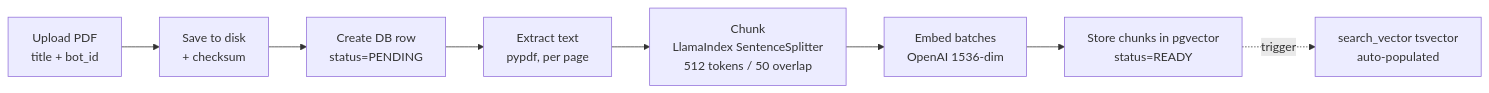
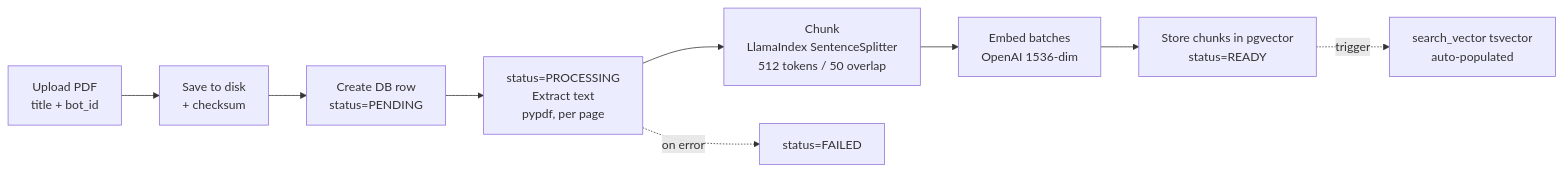
The fifth of 10 diagrams in ARCHITECTURE.md (nikhileshsirohi/ARDEE-RAG-CHATBOT), drawn with Mermaid before and after one commit. The commit also changed other lines of this file and 1 other file, not shown here.

````diff
--- a/ARCHITECTURE.md
+++ b/ARCHITECTURE.md
@@ -172,10 +174,11 @@
 ```mermaid
 flowchart LR
     A[Upload PDF<br/>title + bot_id] --> B[Save to disk<br/>+ checksum]
     B --> C[Create DB row<br/>status=PENDING]
-    C --> D[Extract text<br/>pypdf, per page]
+    C --> D[status=PROCESSING<br/>Extract text<br/>pypdf, per page]
     D --> E[Chunk<br/>LlamaIndex SentenceSplitter<br/>512 tokens / 50 overlap]
     E --> F[Embed batches<br/>OpenAI 1536-dim]
     F --> G[Store chunks in pgvector<br/>status=READY]
     G -.trigger.-> H[search_vector tsvector<br/>auto-populated]
+    D -.on error.-> X[status=FAILED]
 ```
````
